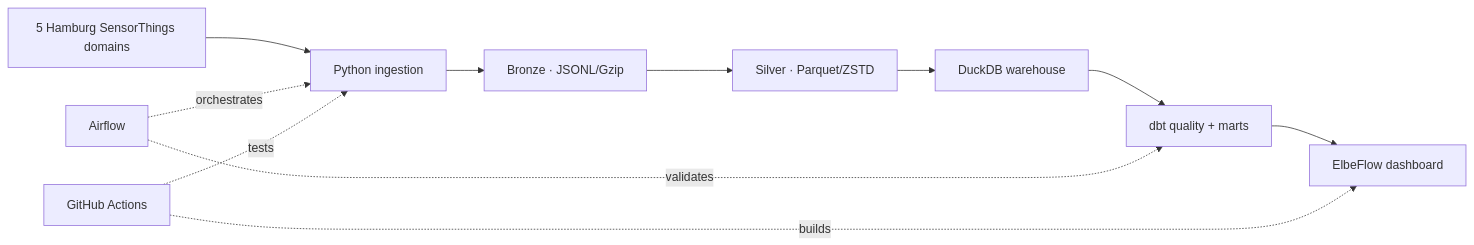
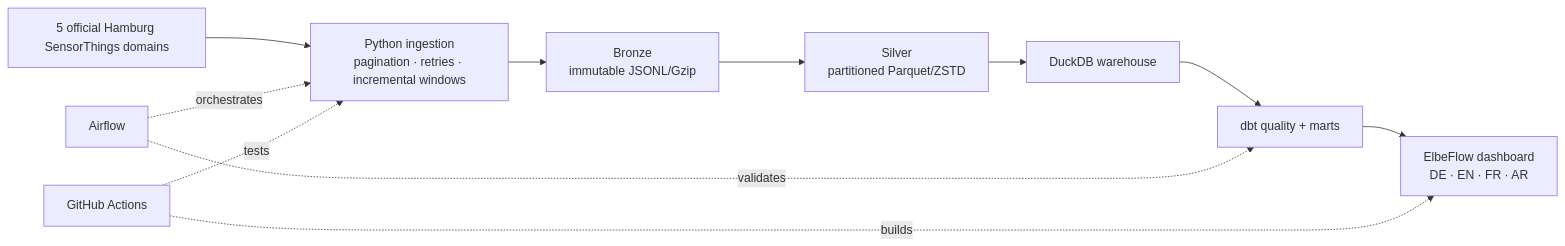
The diagram in README.md (wezdar/hamburg-urban-mobility-lakehouse), drawn with Mermaid before and after one commit. The commit also changed other lines of this file and 19 other files, not shown here.

````diff
--- a/README.md
+++ b/README.md
@@ -27,13 +148,13 @@
 ```mermaid
 flowchart LR
-    API["5 Hamburg SensorThings domains"] --> INGEST["Python ingestion"]
-    INGEST --> BRONZE["Bronze · JSONL/Gzip"]
-    BRONZE --> SILVER["Silver · Parquet/ZSTD"]
+    API["5 official Hamburg SensorThings domains"] --> INGEST["Python ingestion<br/>pagination · retries · incremental windows"]
+    INGEST --> BRONZE["Bronze<br/>immutable JSONL/Gzip"]
+    BRONZE --> SILVER["Silver<br/>partitioned Parquet/ZSTD"]
     SILVER --> DUCK["DuckDB warehouse"]
     DUCK --> DBT["dbt quality + marts"]
-    DBT --> UI["ElbeFlow dashboard"]
+    DBT --> UI["ElbeFlow dashboard<br/>DE · EN · FR · AR"]
     AIRFLOW["Airflow"] -. orchestrates .-> INGEST
     AIRFLOW -. validates .-> DBT
     CI["GitHub Actions"] -. tests .-> INGEST
     CI -. builds .-> UI
 ```
````
